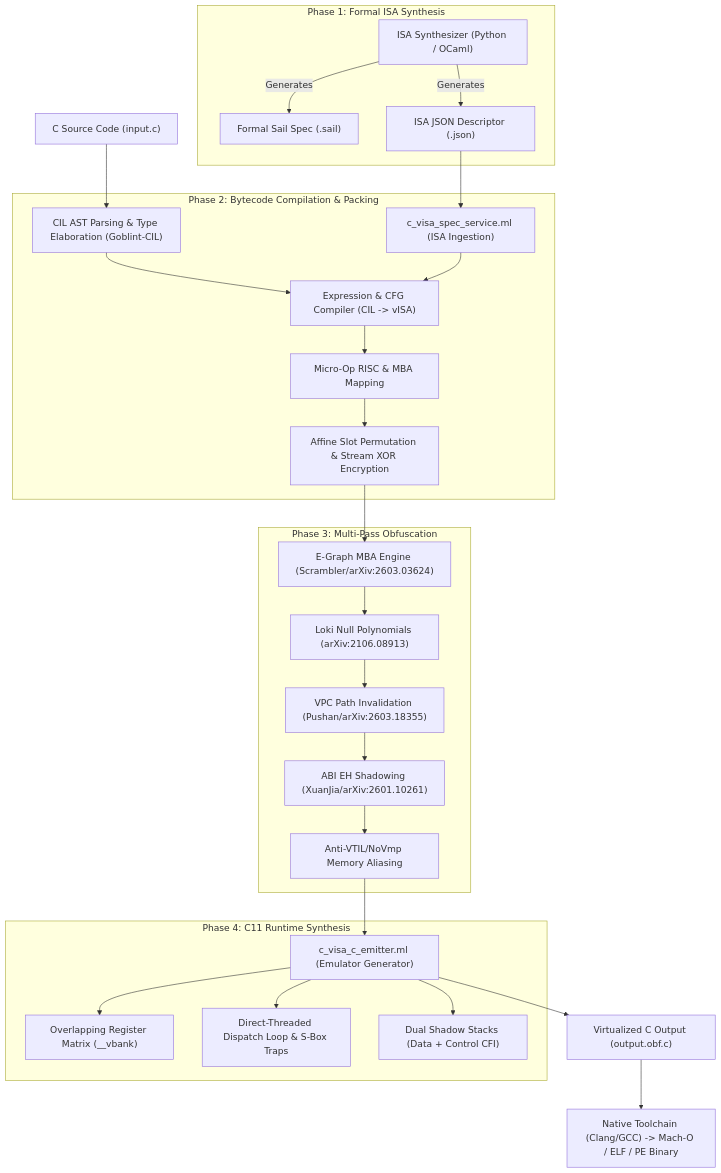
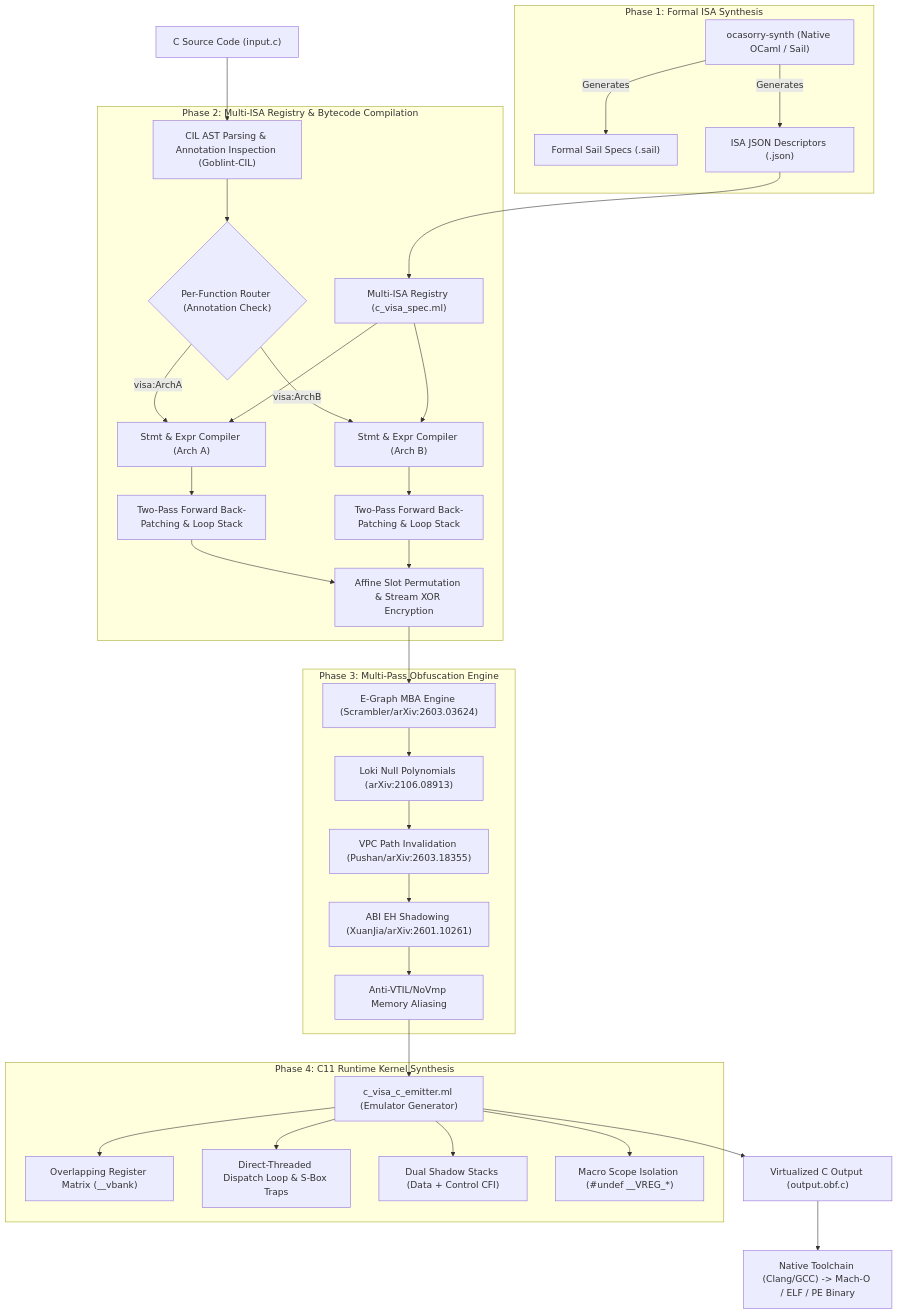
Before and after one commit to bivex/ocasorry: the diagram in docs/isa-generation-pipeline.md, drawn with Mermaid. The commit also changed other lines of this file, not shown here.

Commit message:
docs(pipeline): update ISA synthesis & multi-ISA compilation architecture documentation

````diff
--- a/docs/isa-generation-pipeline.md
+++ b/docs/isa-generation-pipeline.md
@@ -9,35 +9,41 @@
 ```mermaid
 graph TD
-    A["C Source Code (input.c)"] --> B["CIL AST Parsing & Type Elaboration (Goblint-CIL)"]
+    A["C Source Code (input.c)"] --> B["CIL AST Parsing & Annotation Inspection (Goblint-CIL)"]
     
     subgraph "Phase 1: Formal ISA Synthesis"
-        S1["ISA Synthesizer (Python / OCaml)"] -->|Generates| S2["Formal Sail Spec (.sail)"]
-        S1 -->|Generates| S3["ISA JSON Descriptor (.json)"]
+        S1["ocasorry-synth (Native OCaml / Sail)"] -->|Generates| S2["Formal Sail Specs (.sail)"]
+        S1 -->|Generates| S3["ISA JSON Descriptors (.json)"]
     end
     
-    subgraph "Phase 2: Bytecode Compilation & Packing"
-        S3 --> C1["c_visa_spec_service.ml (ISA Ingestion)"]
-        B --> C2["Expression & CFG Compiler (CIL -> vISA)"]
-        C1 --> C2
-        C2 --> C3["Micro-Op RISC & MBA Mapping"]
-        C3 --> C4["Affine Slot Permutation & Stream XOR Encryption"]
+    subgraph "Phase 2: Multi-ISA Registry & Bytecode Compilation"
+        S3 --> R1["Multi-ISA Registry (c_visa_spec.ml)"]
+        B --> ROUTE{"Per-Function Router (Annotation Check)"}
+        ROUTE -->|visa:ArchA| CA["Stmt & Expr Compiler (Arch A)"]
+        ROUTE -->|visa:ArchB| CB["Stmt & Expr Compiler (Arch B)"]
+        R1 --> CA
+        R1 --> CB
+        CA --> P1["Two-Pass Forward Back-Patching & Loop Stack"]
+        CB --> P2["Two-Pass Forward Back-Patching & Loop Stack"]
+        P1 --> ENC["Affine Slot Permutation & Stream XOR Encryption"]
+        P2 --> ENC
     end
 
-    subgraph "Phase 3: Multi-Pass Obfuscation"
-        C4 --> D1["E-Graph MBA Engine (Scrambler/arXiv:2603.03624)"]
+    subgraph "Phase 3: Multi-Pass Obfuscation Engine"
+        ENC --> D1["E-Graph MBA Engine (Scrambler/arXiv:2603.03624)"]
         D1 --> D2["Loki Null Polynomials (arXiv:2106.08913)"]
         D2 --> D3["VPC Path Invalidation (Pushan/arXiv:2603.18355)"]
         D3 --> D4["ABI EH Shadowing (XuanJia/arXiv:2601.10261)"]
         D4 --> D5["Anti-VTIL/NoVmp Memory Aliasing"]
     end
 
-    subgraph "Phase 4: C11 Runtime Synthesis"
+    subgraph "Phase 4: C11 Runtime Kernel Synthesis"
         D5 --> E1["c_visa_c_emitter.ml (Emulator Generator)"]
         E1 --> E2["Overlapping Register Matrix (__vbank)"]
         E1 --> E3["Direct-Threaded Dispatch Loop & S-Box Traps"]
         E1 --> E4["Dual Shadow Stacks (Data + Control CFI)"]
+        E1 --> E5["Macro Scope Isolation (#undef __VREG_*)"]
     end
 
     E1 --> F["Virtualized C Output (output.obf.c)"]
     F --> G["Native Toolchain (Clang/GCC) -> Mach-O / ELF / PE Binary"]
 ```
````
